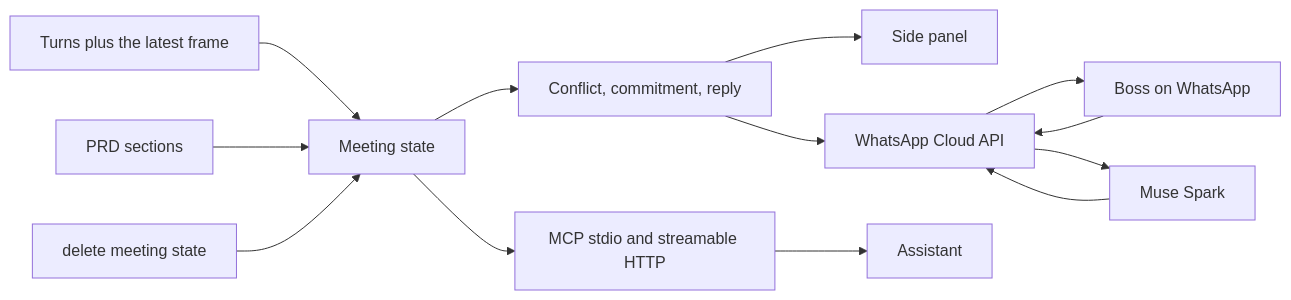
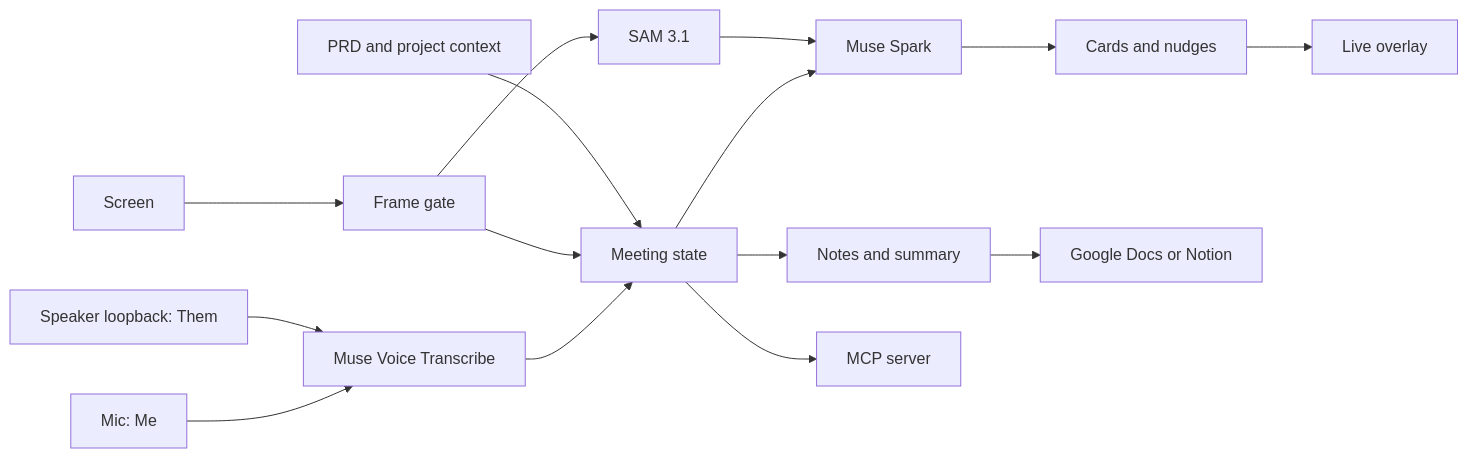
One commit to vincentperezzz/escort changed the diagram in README.md. Above: the diagram before and after it, drawn with Mermaid. The commit also changed other lines of this file and 5 other files, not shown here.

````diff
--- a/README.md
+++ b/README.md
@@ -21,15 +60,17 @@
 ```mermaid
 flowchart LR
-  Feed[Turns plus the latest frame] --> State[Meeting state]
-  PRD[PRD sections] --> State
-  State --> Cards[Conflict, commitment, reply]
-  Cards --> Panel[Side panel]
-  Cards --> WA[WhatsApp Cloud API]
-  WA --> Phone[Boss on WhatsApp]
-  Phone --> WA
-  WA --> Muse[Muse Spark]
-  Muse --> WA
-  State --> MCP[MCP stdio and streamable HTTP]
-  MCP --> Brain[Assistant]
-  Delete[delete meeting state] --> State
+  Mic[Mic: Me] --> ASR[Muse Voice Transcribe]
+  Loop[Speaker loopback: Them] --> ASR
+  Screen[Screen] --> Gate[Frame gate]
+  ASR --> State[Meeting state]
+  Gate --> State
+  Context[PRD and project context] --> State
+  State --> Spark[Muse Spark]
+  Gate --> SAM[SAM 3.1]
+  SAM --> Spark
+  Spark --> Cards[Cards and nudges]
+  Cards --> Overlay[Live overlay]
+  State --> Notes[Notes and summary]
+  Notes --> Save[Google Docs or Notion]
+  State --> MCP[MCP server]
 ```
````
